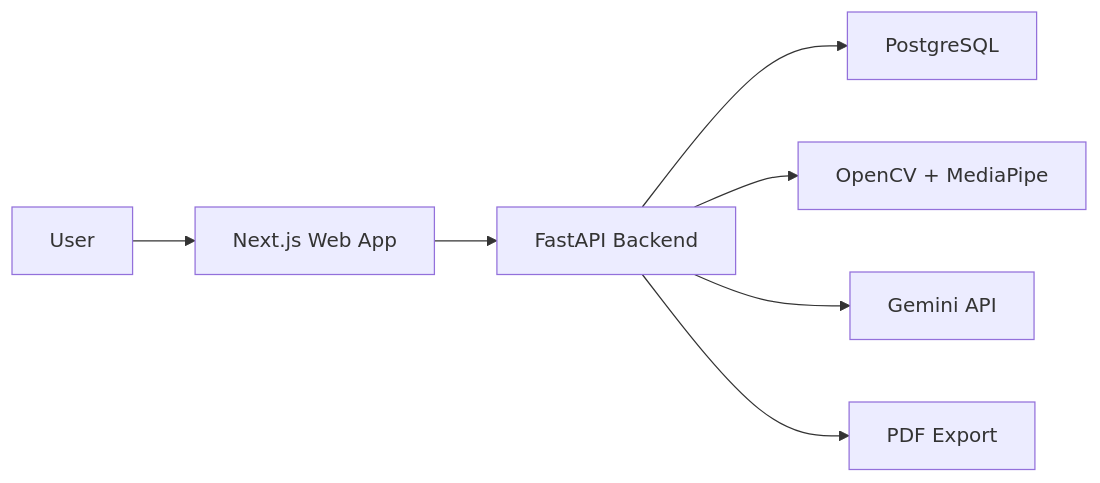
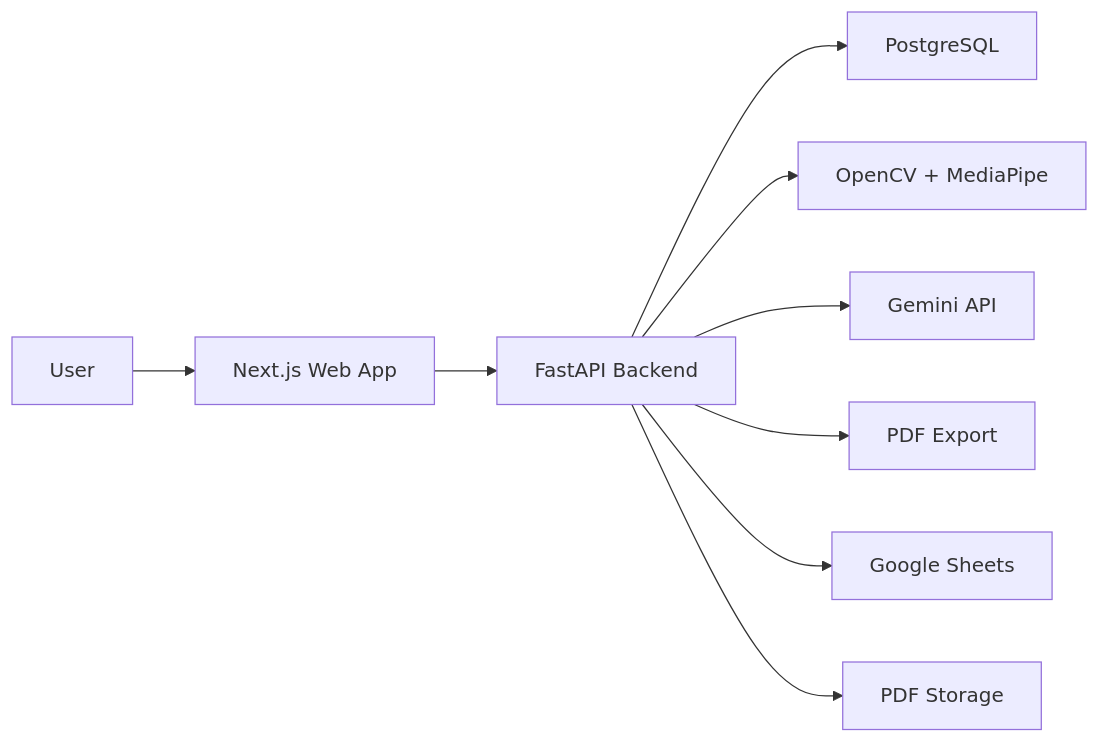
Before and after one commit to UmangAwasthi-20/Physique-Meter: the diagram in README.md, drawn with Mermaid. The commit also changed other lines of this file and 21 other files, not shown here.

Commit message:
Add PDF commerce and lead collection flow

````diff
--- a/README.md
+++ b/README.md
@@ -48,9 +57,11 @@
 ```mermaid
 flowchart LR
   U["User"] --> W["Next.js Web App"]
   W --> A["FastAPI Backend"]
   A --> P["PostgreSQL"]
   A --> V["OpenCV + MediaPipe"]
   A --> G["Gemini API"]
   A --> R["PDF Export"]
+  A --> S["Google Sheets"]
+  A --> D["PDF Storage"]
 ```
````
